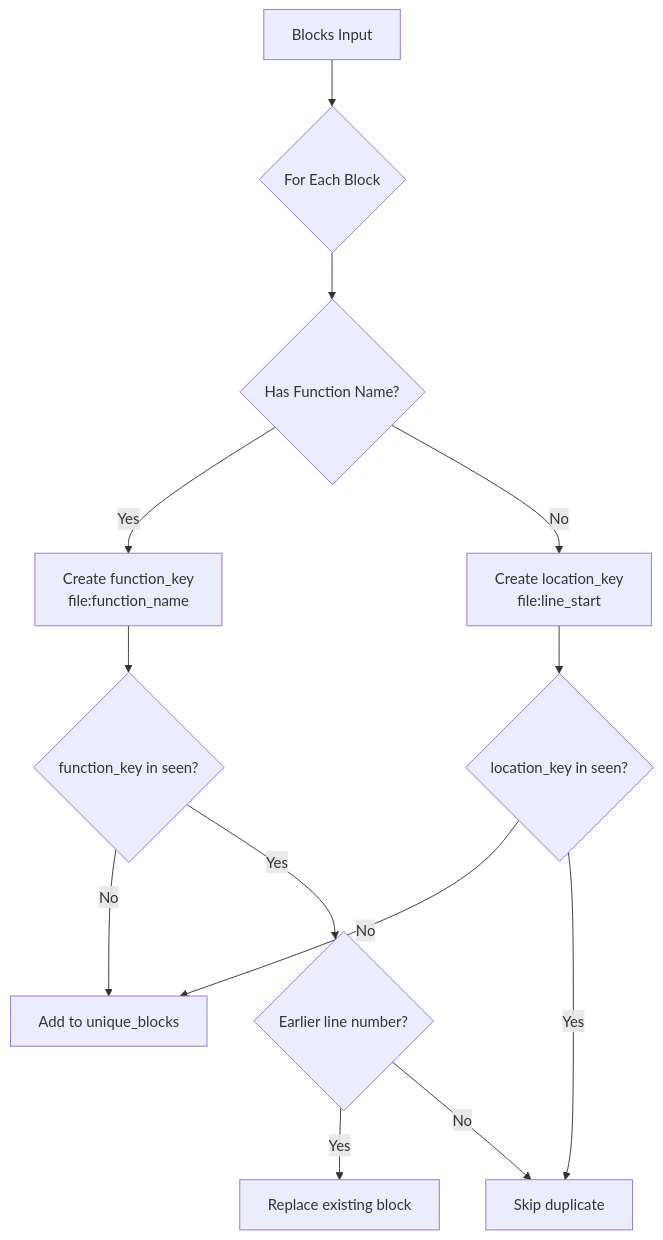
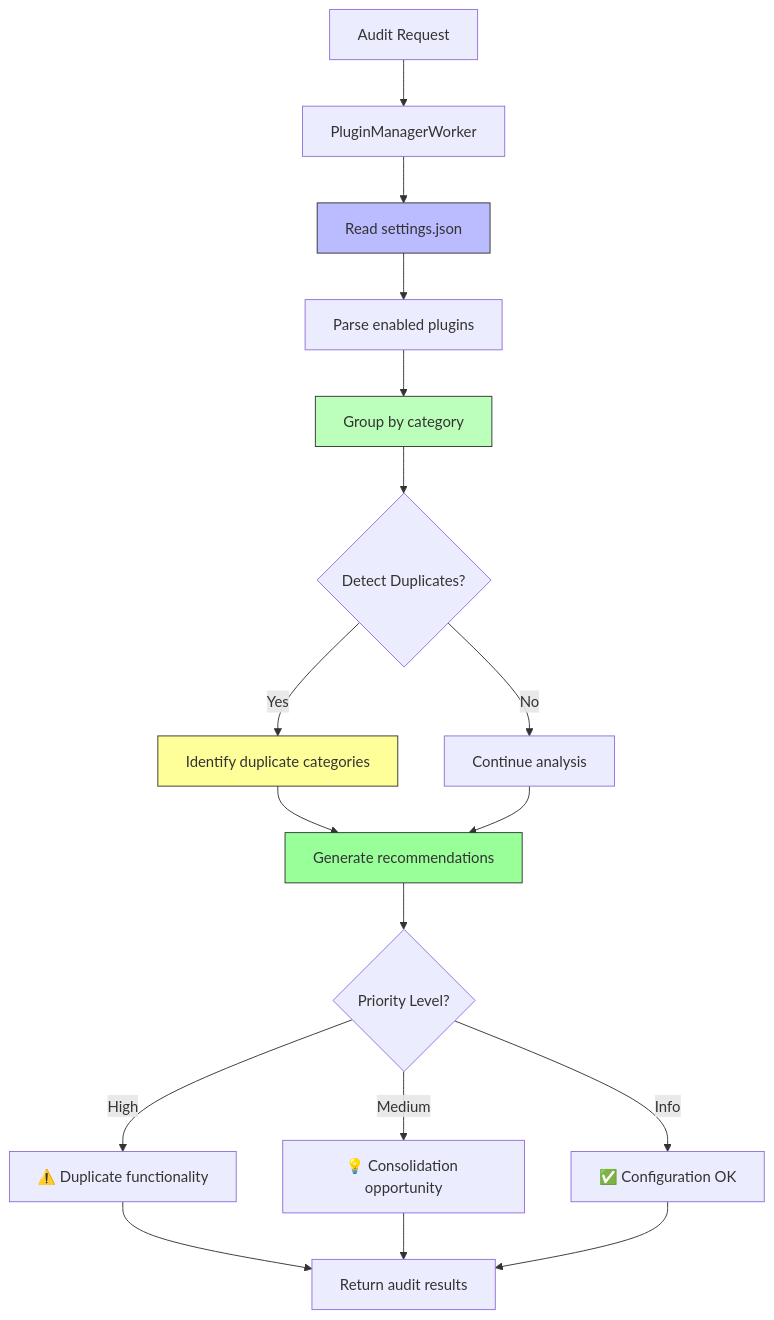
The eighth of 12 diagrams in docs/architecture/pipeline-data-flow.md (integritystudio/AlephAuto), drawn with Mermaid before and after one commit. The commit also changed other lines of this file, not shown here.

First line of the commit message:
docs: expand pipeline data flow to cover all 9 workflows

````diff
--- a/docs/architecture/pipeline-data-flow.md
+++ b/docs/architecture/pipeline-data-flow.md
@@ -376,15 +756,24 @@
 ```mermaid
 graph TB
-    A[Blocks Input] --> B{For Each Block}
-    B --> C{Has Function Name?}
-    C -->|Yes| D[Create function_key<br/>file:function_name]
-    C -->|No| E[Create location_key<br/>file:line_start]
-    D --> F{function_key in seen?}
-    E --> G{location_key in seen?}
-    F -->|No| H[Add to unique_blocks]
-    F -->|Yes| I{Earlier line number?}
-    G -->|No| H
-    G -->|Yes| J[Skip duplicate]
-    I -->|Yes| K[Replace existing block]
-    I -->|No| J
+    A[Audit Request] --> B[PluginManagerWorker]
+    B --> C[Read settings.json]
+    C --> D[Parse enabled plugins]
+    D --> E[Group by category]
+    E --> F{Detect Duplicates?}
+    F -->|Yes| G[Identify duplicate categories]
+    F -->|No| H[Continue analysis]
+    G --> I[Generate recommendations]
+    H --> I
+    I --> J{Priority Level?}
+    J -->|High| K[⚠️ Duplicate functionality]
+    J -->|Medium| L[💡 Consolidation opportunity]
+    J -->|Info| M[✅ Configuration OK]
+    K --> N[Return audit results]
+    L --> N
+    M --> N
+
+    style C fill:#bbf,stroke:#333
+    style E fill:#bfb,stroke:#333
+    style G fill:#ff9,stroke:#333
+    style I fill:#9f9,stroke:#333
 ```
````
